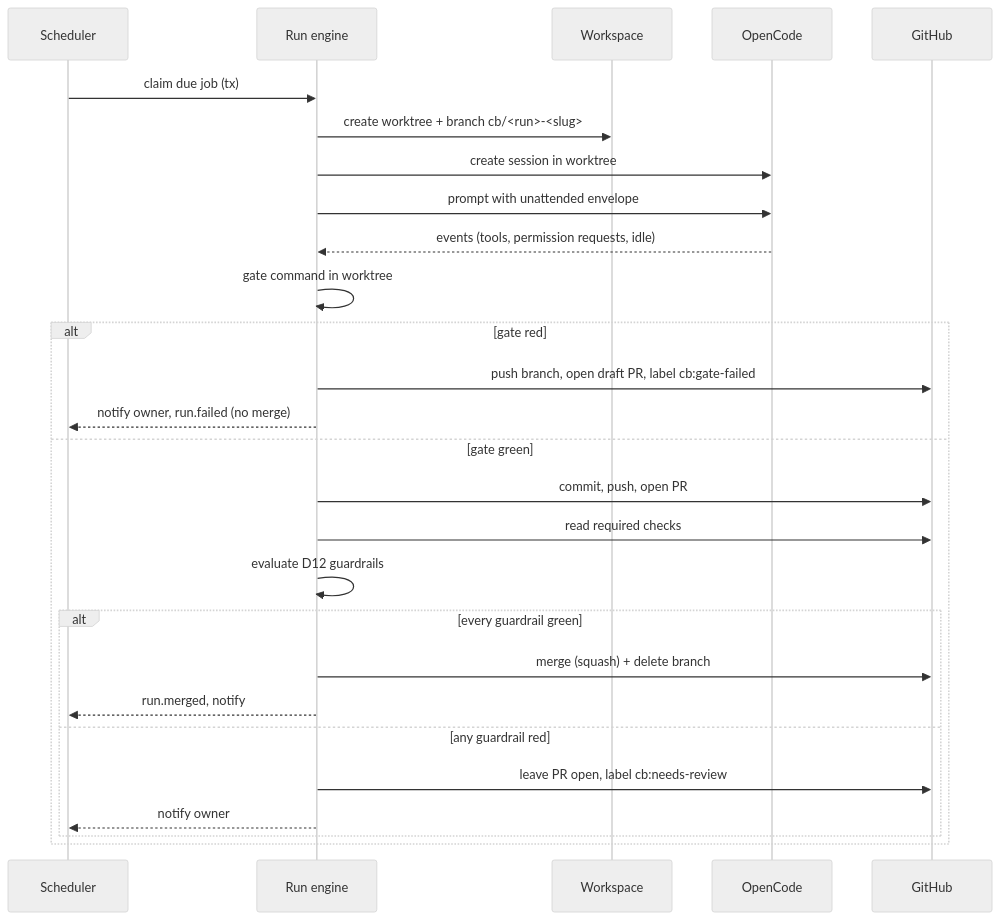
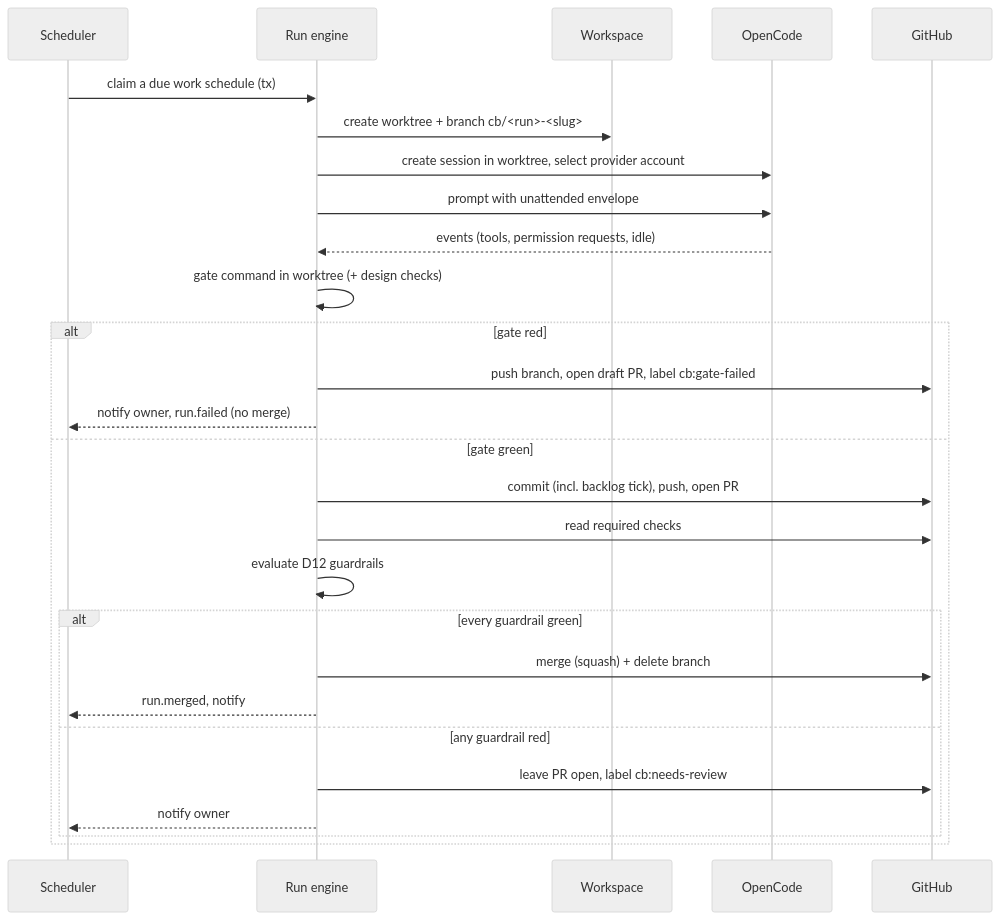
The fourth of 5 diagrams in docs/architecture.md (danihp6/codebox), drawn with Mermaid (neutral theme) before and after one commit. The commit also changed other lines of this file and 16 other files, not shown here.

Commit message:
docs: make the work the unit and the backlog the list

````diff
--- a/docs/architecture.md
+++ b/docs/architecture.md
@@ -260,30 +273,30 @@
 ```mermaid
 sequenceDiagram
   participant S as Scheduler
   participant R as Run engine
   participant W as Workspace
   participant O as OpenCode
   participant G as GitHub
 
-  S->>R: claim due job (tx)
+  S->>R: claim a due work schedule (tx)
   R->>W: create worktree + branch cb/<run>-<slug>
-  R->>O: create session in worktree
+  R->>O: create session in worktree, select provider account
   R->>O: prompt with unattended envelope
   O-->>R: events (tools, permission requests, idle)
-  R->>R: gate command in worktree
+  R->>R: gate command in worktree (+ design checks)
   alt gate red
     R->>G: push branch, open draft PR, label cb:gate-failed
     R-->>S: notify owner, run.failed (no merge)
   else gate green
-    R->>G: commit, push, open PR
+    R->>G: commit (incl. backlog tick), push, open PR
     R->>G: read required checks
     R->>R: evaluate D12 guardrails
     alt every guardrail green
       R->>G: merge (squash) + delete branch
       R-->>S: run.merged, notify
     else any guardrail red
       R->>G: leave PR open, label cb:needs-review
       R-->>S: notify owner
     end
   end
 ```
````
